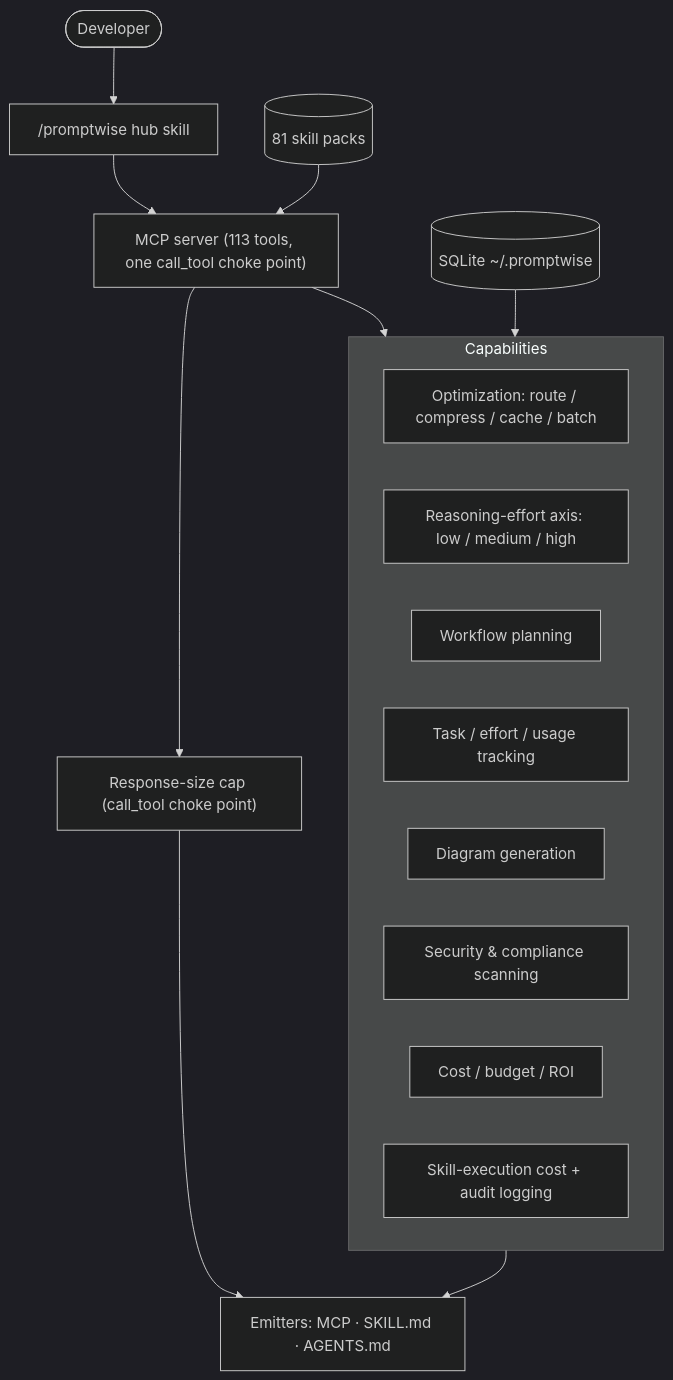
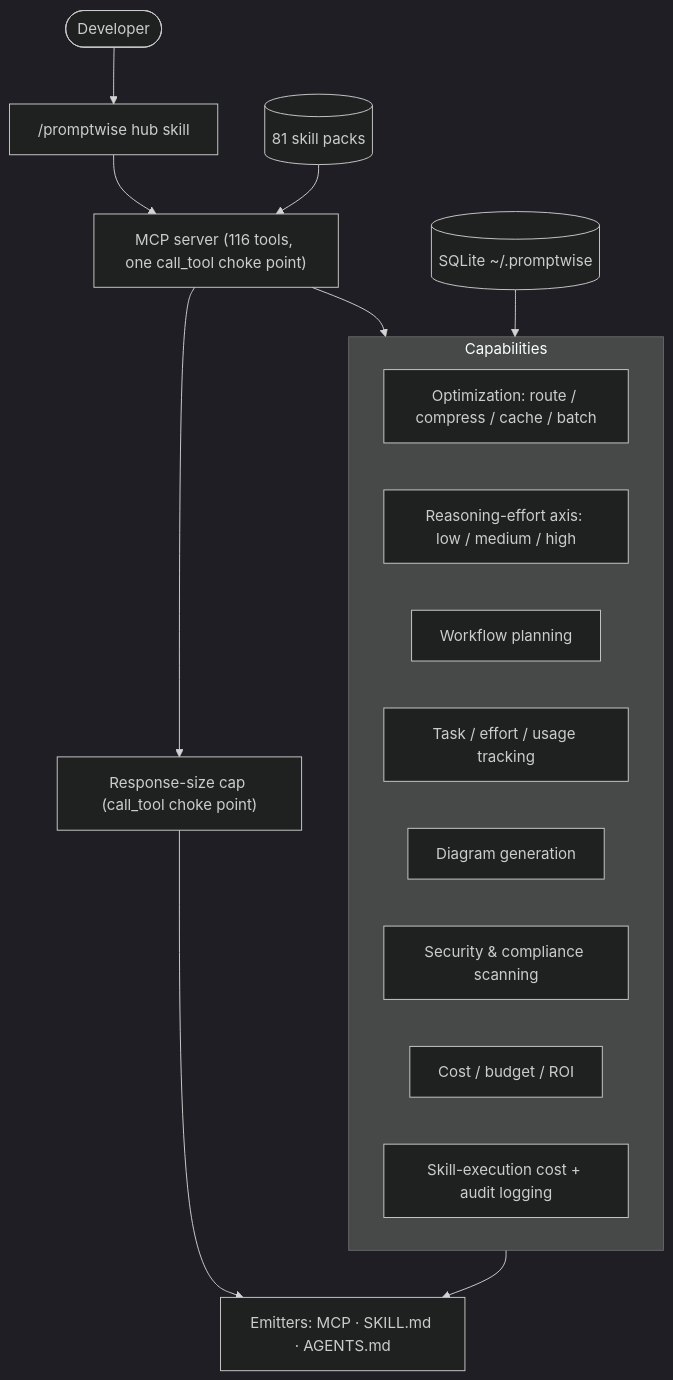
The first of 6 diagrams in docs/ARCHITECTURE.md (u2anilgit/PromptWise), drawn with Mermaid (dark theme) before and after one commit. The commit also changed 8 other files, not shown here.

````diff
--- a/docs/ARCHITECTURE.md
+++ b/docs/ARCHITECTURE.md
@@ -10,21 +10,21 @@
 ```mermaid
 flowchart TB
   dev([Developer]) --> hub["/promptwise hub skill"]
-  hub --> mcp["MCP server (113 tools, one call_tool choke point)"]
+  hub --> mcp["MCP server (116 tools, one call_tool choke point)"]
   subgraph Capabilities
     opt[Optimization: route / compress / cache / batch]
     effort[Reasoning-effort axis: low / medium / high]
     flow[Workflow planning]
     track[Task / effort / usage tracking]
     diag[Diagram generation]
     sec[Security & compliance scanning]
     cost[Cost / budget / ROI]
     skillaudit[Skill-execution cost + audit logging]
   end
   mcp --> Capabilities
   mcp --> cap["Response-size cap (call_tool choke point)"]
   cap --> emit["Emitters: MCP · SKILL.md · AGENTS.md"]
   Capabilities --> emit
   packs[("81 skill packs")] --> mcp
   store[("SQLite ~/.promptwise")] --> Capabilities
 ```
````
